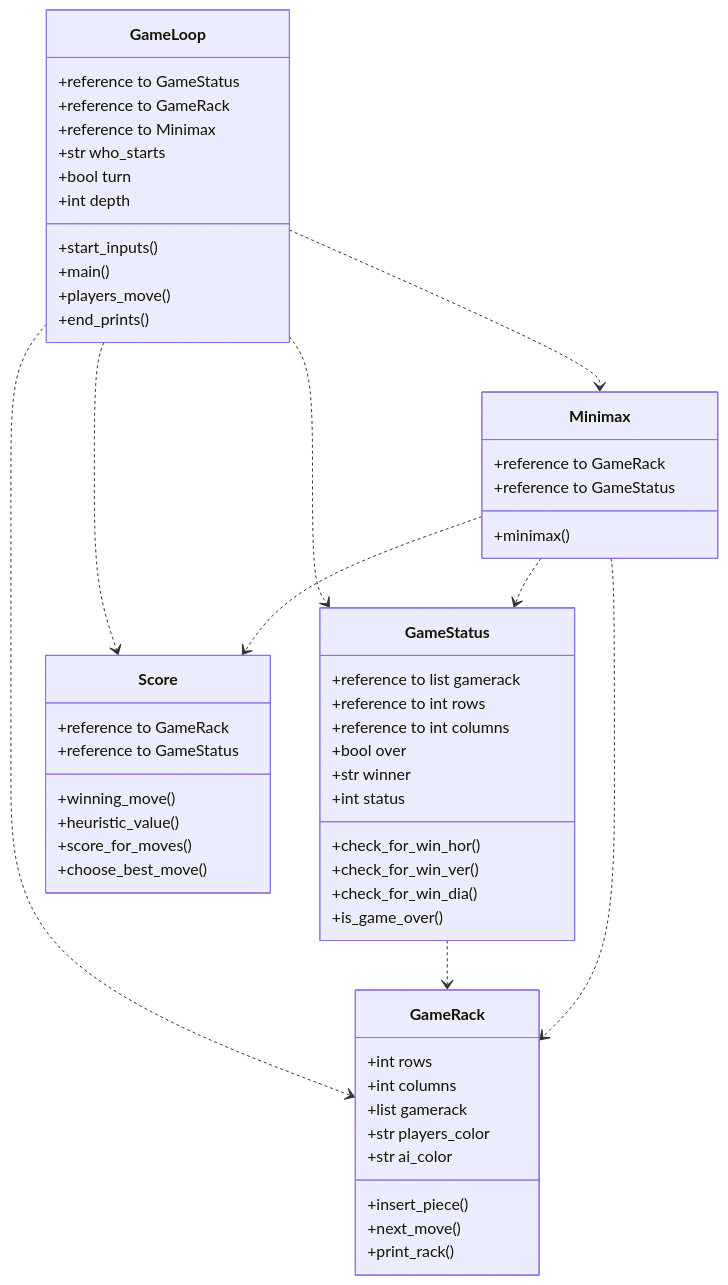
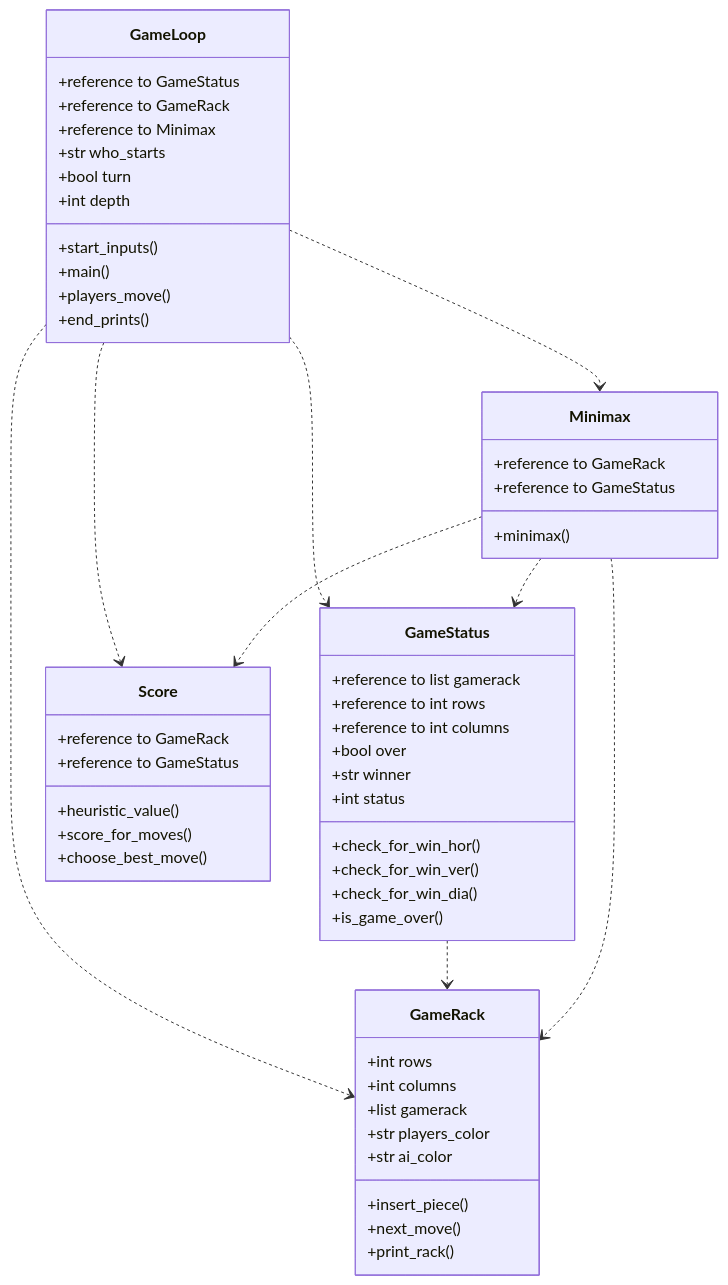
One commit to lottapispa/Connect-Four-tiralabra changed the diagram in documentation/implementation.md. Above: the diagram before and after it, drawn with Mermaid.

````diff
--- a/documentation/implementation.md
+++ b/documentation/implementation.md
@@ -4,58 +4,57 @@
 ```mermaid
 classDiagram
     GameLoop ..> GameStatus
     GameLoop ..> GameRack
     GameLoop ..> Minimax
     GameLoop ..> Score
     GameStatus ..> GameRack
     Minimax ..> GameStatus
     Minimax ..> GameRack
     Minimax ..> Score
     class GameLoop{
         +reference to GameStatus
         +reference to GameRack
         +reference to Minimax
         +str who_starts
         +bool turn
         +int depth
         +start_inputs()
         +main()
         +players_move()
         +end_prints()
     }
     class GameStatus{
         +reference to list gamerack
         +reference to int rows
         +reference to int columns
         +bool over
         +str winner
         +int status
         +check_for_win_hor()
         +check_for_win_ver()
         +check_for_win_dia()
         +is_game_over()
     }
     class GameRack{
         +int rows
         +int columns
         +list gamerack
         +str players_color
         +str ai_color
         +insert_piece()
         +next_move()
         +print_rack()
     }
     class Minimax{
         +reference to GameRack
         +reference to GameStatus
         +minimax()
     }
     class Score{
         +reference to GameRack
         +reference to GameStatus
-        +winning_move()
         +heuristic_value()
         +score_for_moves()
         +choose_best_move()
     }
 ```
````
